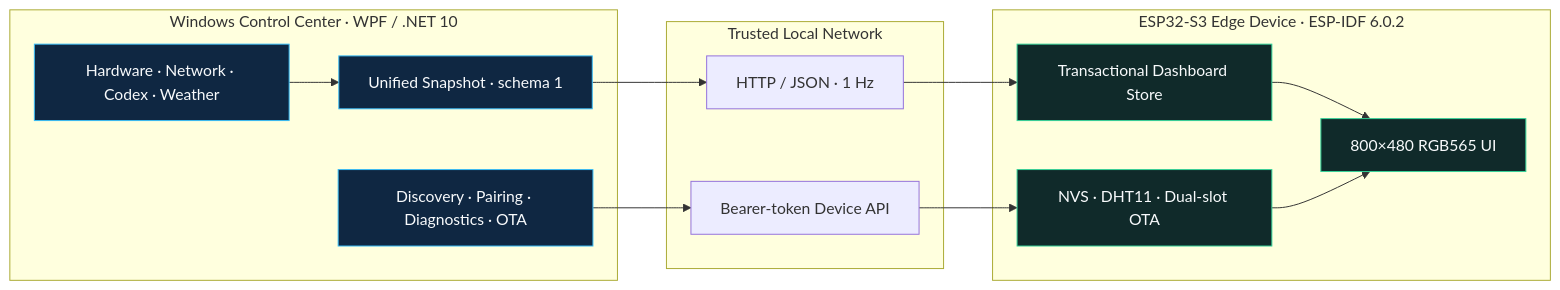
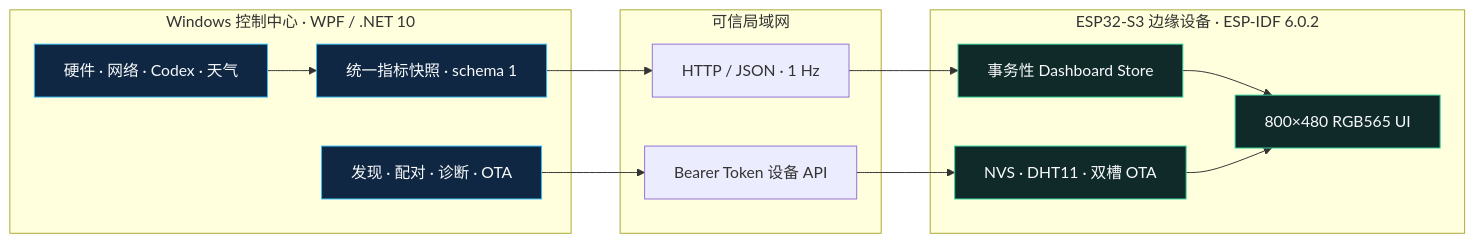
Before and after one commit to Solismuchengxue/Solis_Monitor: the diagram in README.md, drawn with Mermaid. The commit also changed other lines of this file and 2 other files, not shown here.

````diff
--- a/README.md
+++ b/README.md
@@ -61,30 +61,30 @@
 ```mermaid
 flowchart LR
-    subgraph PC["Windows Control Center · WPF / .NET 10"]
-        A["Hardware · Network · Codex · Weather"]
-        B["Unified Snapshot · schema 1"]
-        C["Discovery · Pairing · Diagnostics · OTA"]
+    subgraph PC["Windows 控制中心 · WPF / .NET 10"]
+        A["硬件 · 网络 · Codex · 天气"]
+        B["统一指标快照 · schema 1"]
+        C["发现 · 配对 · 诊断 · OTA"]
         A --> B
     end
 
-    subgraph LAN["Trusted Local Network"]
+    subgraph LAN["可信局域网"]
         D["HTTP / JSON · 1 Hz"]
-        E["Bearer-token Device API"]
+        E["Bearer Token 设备 API"]
     end
 
-    subgraph EDGE["ESP32-S3 Edge Device · ESP-IDF 6.0.2"]
-        F["Transactional Dashboard Store"]
+    subgraph EDGE["ESP32-S3 边缘设备 · ESP-IDF 6.0.2"]
+        F["事务性 Dashboard Store"]
         G["800×480 RGB565 UI"]
-        H["NVS · DHT11 · Dual-slot OTA"]
+        H["NVS · DHT11 · 双槽 OTA"]
         F --> G
         H --> G
     end
 
     B --> D --> F
     C --> E --> H
 
     classDef source fill:#0f2742,stroke:#38bdf8,color:#f8fafc
     classDef edge fill:#102a2a,stroke:#34d399,color:#f8fafc
     class A,B,C source
     class F,G,H edge
 ```
````
